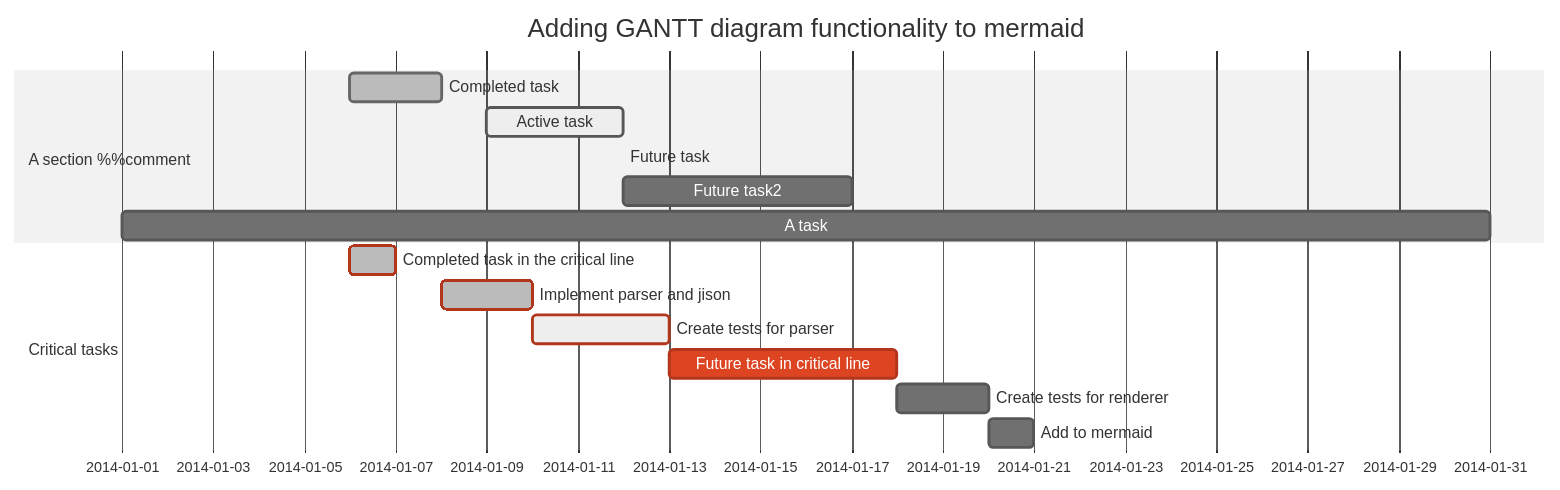
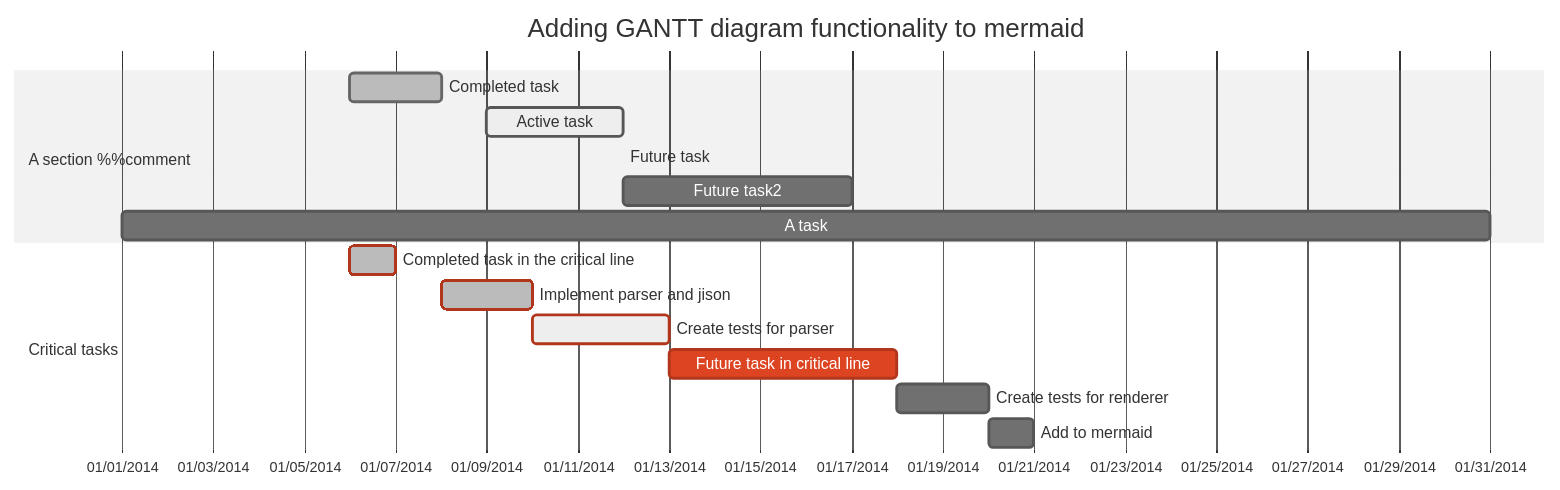
One commit to bpruitt-goddard/vscode-mermaid-syntax-highlight changed the third of 3 diagrams in README.md. Above: the diagram before and after it, drawn with Mermaid (neutral theme). The commit also changed other lines of this file and 1 other file, not shown here.

Commit message:
docs: update gantt with axisformat support

````diff
--- a/README.md
+++ b/README.md
@@ -120,18 +120,19 @@
 ```mermaid
 gantt %%comment
   dateFormat  YYYY-MM-DD
+  axisFormat  %m/%d/%Y
   title Adding GANTT diagram functionality to mermaid
   section A section %%comment
   Completed task            :done,    des1, 2014-01-06,2014-01-08
   Active task               :active,  des2, 2014-01-09, 3d
   Future task               :         des3, after des2, 5d %%comment
   Future task2               :         des4, after des3, 5d
   A task           :a1, 2014-01-01, 30d
   section Critical tasks
   Completed task in the critical line :crit, done, 2014-01-06,24h
   Implement parser and jison          :crit, done, after des1, 2d
   Create tests for parser             :crit, active, 3d
   Future task in critical line        :crit, 5d
   Create tests for renderer           :2d
   Add to mermaid                      :1d
 ```
````
